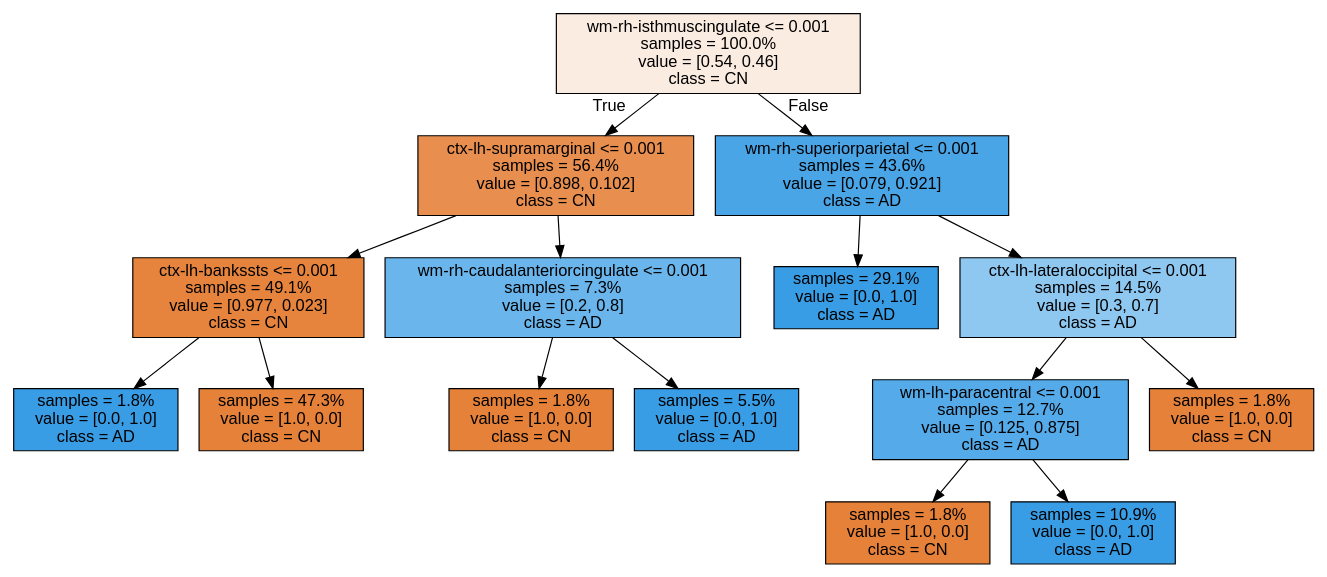
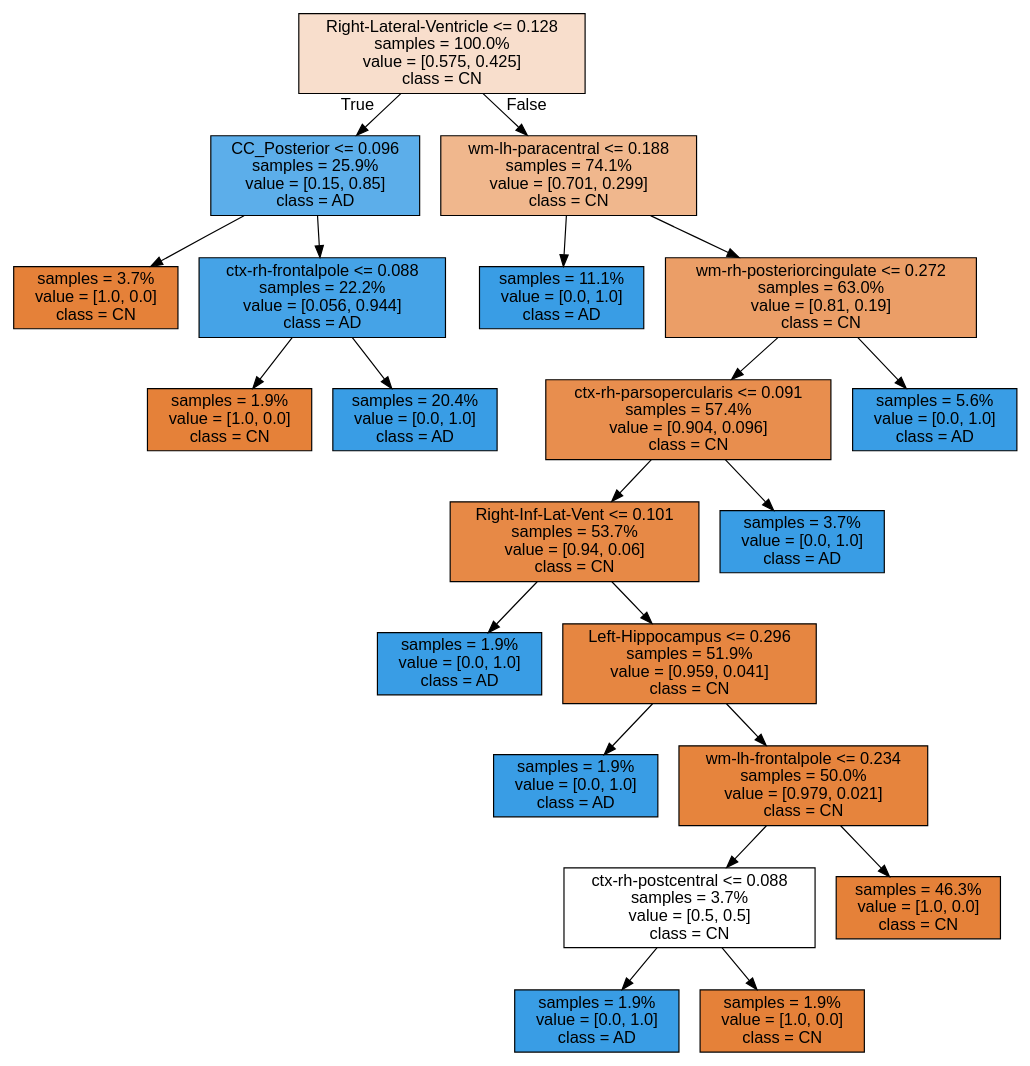
The diagram in Source.gv (francescouni0/CompProject), drawn with Graphviz before and after one commit. The commit also changed 5 other files, not shown here.

```diff
--- a/Source.gv
+++ b/Source.gv
@@ -1,33 +1,45 @@
 digraph Tree {
 node [shape=box, style="filled", color="black", fontname="helvetica"] ;
 edge [fontname="helvetica"] ;
-0 [label="wm-rh-isthmuscingulate <= 0.001\nsamples = 100.0%\nvalue = [0.54, 0.46]\nclass = CN", fillcolor="#fbece2"] ;
-1 [label="ctx-lh-supramarginal <= 0.001\nsamples = 56.4%\nvalue = [0.898, 0.102]\nclass = CN", fillcolor="#e88f50"] ;
+0 [label="Right-Lateral-Ventricle <= 0.128\nsamples = 100.0%\nvalue = [0.575, 0.425]\nclass = CN", fillcolor="#f8decc"] ;
+1 [label="CC_Posterior <= 0.096\nsamples = 25.9%\nvalue = [0.15, 0.85]\nclass = AD", fillcolor="#5caeea"] ;
 0 -> 1 [labeldistance=2.5, labelangle=45, headlabel="True"] ;
-2 [label="ctx-lh-bankssts <= 0.001\nsamples = 49.1%\nvalue = [0.977, 0.023]\nclass = CN", fillcolor="#e6843e"] ;
+2 [label="samples = 3.7%\nvalue = [1.0, 0.0]\nclass = CN", fillcolor="#e58139"] ;
 1 -> 2 ;
-3 [label="samples = 1.8%\nvalue = [0.0, 1.0]\nclass = AD", fillcolor="#399de5"] ;
-2 -> 3 ;
-4 [label="samples = 47.3%\nvalue = [1.0, 0.0]\nclass = CN", fillcolor="#e58139"] ;
-2 -> 4 ;
-5 [label="wm-rh-caudalanteriorcingulate <= 0.001\nsamples = 7.3%\nvalue = [0.2, 0.8]\nclass = AD", fillcolor="#6ab6ec"] ;
-1 -> 5 ;
-6 [label="samples = 1.8%\nvalue = [1.0, 0.0]\nclass = CN", fillcolor="#e58139"] ;
-5 -> 6 ;
-7 [label="samples = 5.5%\nvalue = [0.0, 1.0]\nclass = AD", fillcolor="#399de5"] ;
-5 -> 7 ;
-8 [label="wm-rh-superiorparietal <= 0.001\nsamples = 43.6%\nvalue = [0.079, 0.921]\nclass = AD", fillcolor="#4aa5e7"] ;
-0 -> 8 [labeldistance=2.5, labelangle=-45, headlabel="False"] ;
-9 [label="samples = 29.1%\nvalue = [0.0, 1.0]\nclass = AD", fillcolor="#399de5"] ;
+3 [label="ctx-rh-frontalpole <= 0.088\nsamples = 22.2%\nvalue = [0.056, 0.944]\nclass = AD", fillcolor="#45a3e7"] ;
+1 -> 3 ;
+4 [label="samples = 1.9%\nvalue = [1.0, 0.0]\nclass = CN", fillcolor="#e58139"] ;
+3 -> 4 ;
+5 [label="samples = 20.4%\nvalue = [0.0, 1.0]\nclass = AD", fillcolor="#399de5"] ;
+3 -> 5 ;
+6 [label="wm-lh-paracentral <= 0.188\nsamples = 74.1%\nvalue = [0.701, 0.299]\nclass = CN", fillcolor="#f0b78d"] ;
+0 -> 6 [labeldistance=2.5, labelangle=-45, headlabel="False"] ;
+7 [label="samples = 11.1%\nvalue = [0.0, 1.0]\nclass = AD", fillcolor="#399de5"] ;
+6 -> 7 ;
+8 [label="wm-rh-posteriorcingulate <= 0.272\nsamples = 63.0%\nvalue = [0.81, 0.19]\nclass = CN", fillcolor="#eb9e67"] ;
+6 -> 8 ;
+9 [label="ctx-rh-parsopercularis <= 0.091\nsamples = 57.4%\nvalue = [0.904, 0.096]\nclass = CN", fillcolor="#e88e4e"] ;
 8 -> 9 ;
-10 [label="ctx-lh-lateraloccipital <= 0.001\nsamples = 14.5%\nvalue = [0.3, 0.7]\nclass = AD", fillcolor="#8ec7f0"] ;
-8 -> 10 ;
-11 [label="wm-lh-paracentral <= 0.001\nsamples = 12.7%\nvalue = [0.125, 0.875]\nclass = AD", fillcolor="#55abe9"] ;
+10 [label="Right-Inf-Lat-Vent <= 0.101\nsamples = 53.7%\nvalue = [0.94, 0.06]\nclass = CN", fillcolor="#e78946"] ;
+9 -> 10 ;
+11 [label="samples = 1.9%\nvalue = [0.0, 1.0]\nclass = AD", fillcolor="#399de5"] ;
 10 -> 11 ;
-12 [label="samples = 1.8%\nvalue = [1.0, 0.0]\nclass = CN", fillcolor="#e58139"] ;
-11 -> 12 ;
-13 [label="samples = 10.9%\nvalue = [0.0, 1.0]\nclass = AD", fillcolor="#399de5"] ;
-11 -> 13 ;
-14 [label="samples = 1.8%\nvalue = [1.0, 0.0]\nclass = CN", fillcolor="#e58139"] ;
-10 -> 14 ;
+12 [label="Left-Hippocampus <= 0.296\nsamples = 51.9%\nvalue = [0.959, 0.041]\nclass = CN", fillcolor="#e68641"] ;
+10 -> 12 ;
+13 [label="samples = 1.9%\nvalue = [0.0, 1.0]\nclass = AD", fillcolor="#399de5"] ;
+12 -> 13 ;
+14 [label="wm-lh-frontalpole <= 0.234\nsamples = 50.0%\nvalue = [0.979, 0.021]\nclass = CN", fillcolor="#e6843d"] ;
+12 -> 14 ;
+15 [label="ctx-rh-postcentral <= 0.088\nsamples = 3.7%\nvalue = [0.5, 0.5]\nclass = CN", fillcolor="#ffffff"] ;
+14 -> 15 ;
+16 [label="samples = 1.9%\nvalue = [0.0, 1.0]\nclass = AD", fillcolor="#399de5"] ;
+15 -> 16 ;
+17 [label="samples = 1.9%\nvalue = [1.0, 0.0]\nclass = CN", fillcolor="#e58139"] ;
+15 -> 17 ;
+18 [label="samples = 46.3%\nvalue = [1.0, 0.0]\nclass = CN", fillcolor="#e58139"] ;
+14 -> 18 ;
+19 [label="samples = 3.7%\nvalue = [0.0, 1.0]\nclass = AD", fillcolor="#399de5"] ;
+9 -> 19 ;
+20 [label="samples = 5.6%\nvalue = [0.0, 1.0]\nclass = AD", fillcolor="#399de5"] ;
+8 -> 20 ;
 }
```
